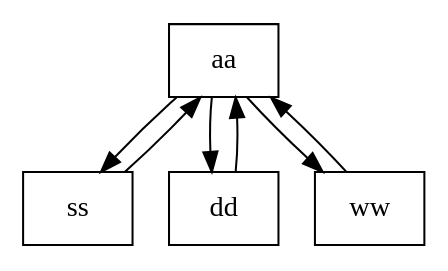
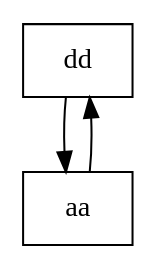
Before and after one commit to matiuuh/-EDD-Proyecto1_202203009: the diagram in output/matriz_amistades.dot, drawn with Graphviz. The commit also changed 7 other files, not shown here.

```diff
--- a/output/matriz_amistades.dot
+++ b/output/matriz_amistades.dot
@@ -1,9 +1,5 @@
 digraph G {
     node [shape=record];
-    "aa" -> "ss";
-    "ss" -> "aa";
+    "dd" -> "aa";
     "aa" -> "dd";
-    "dd" -> "aa";
-    "aa" -> "ww";
-    "ww" -> "aa";
 }
```
